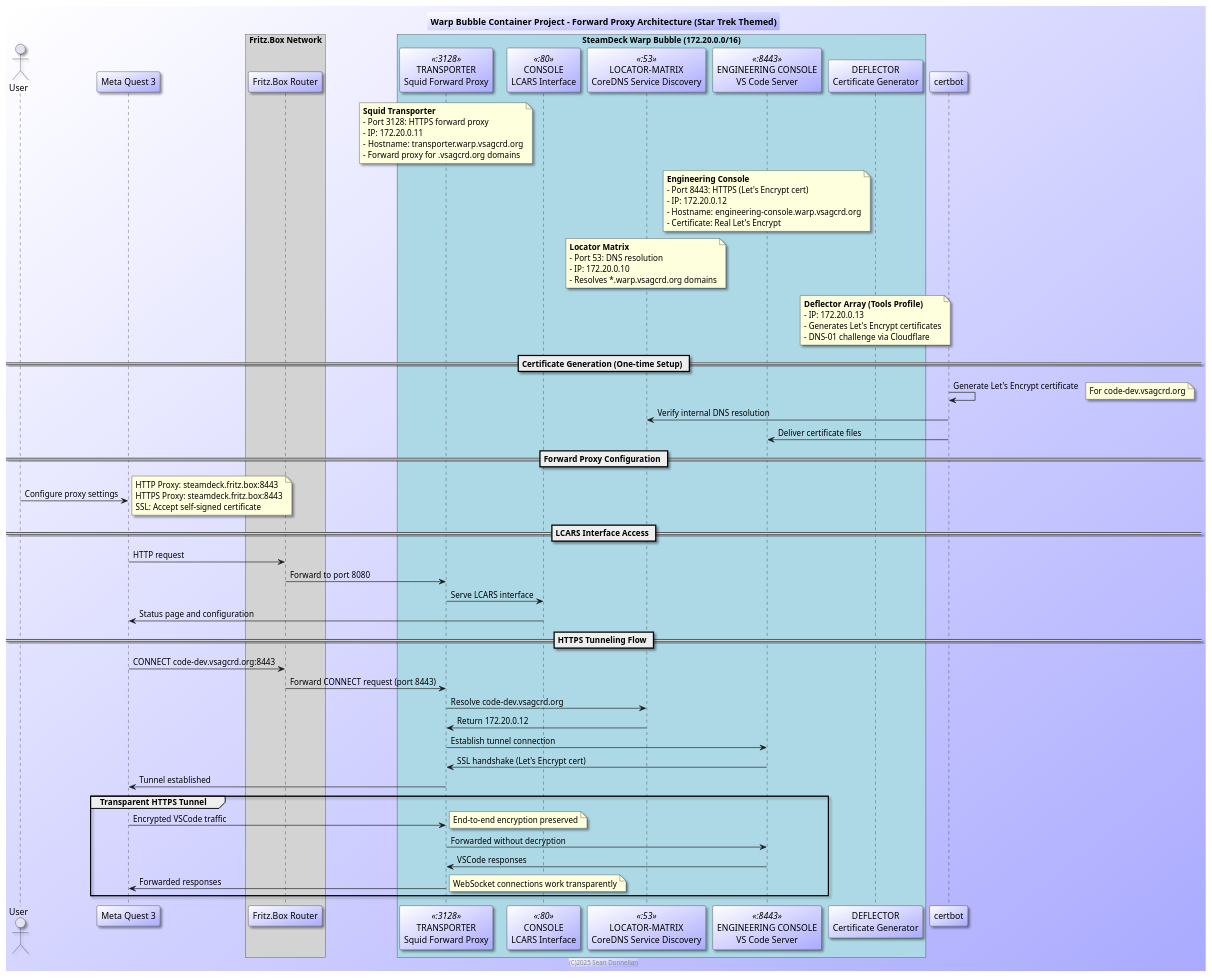
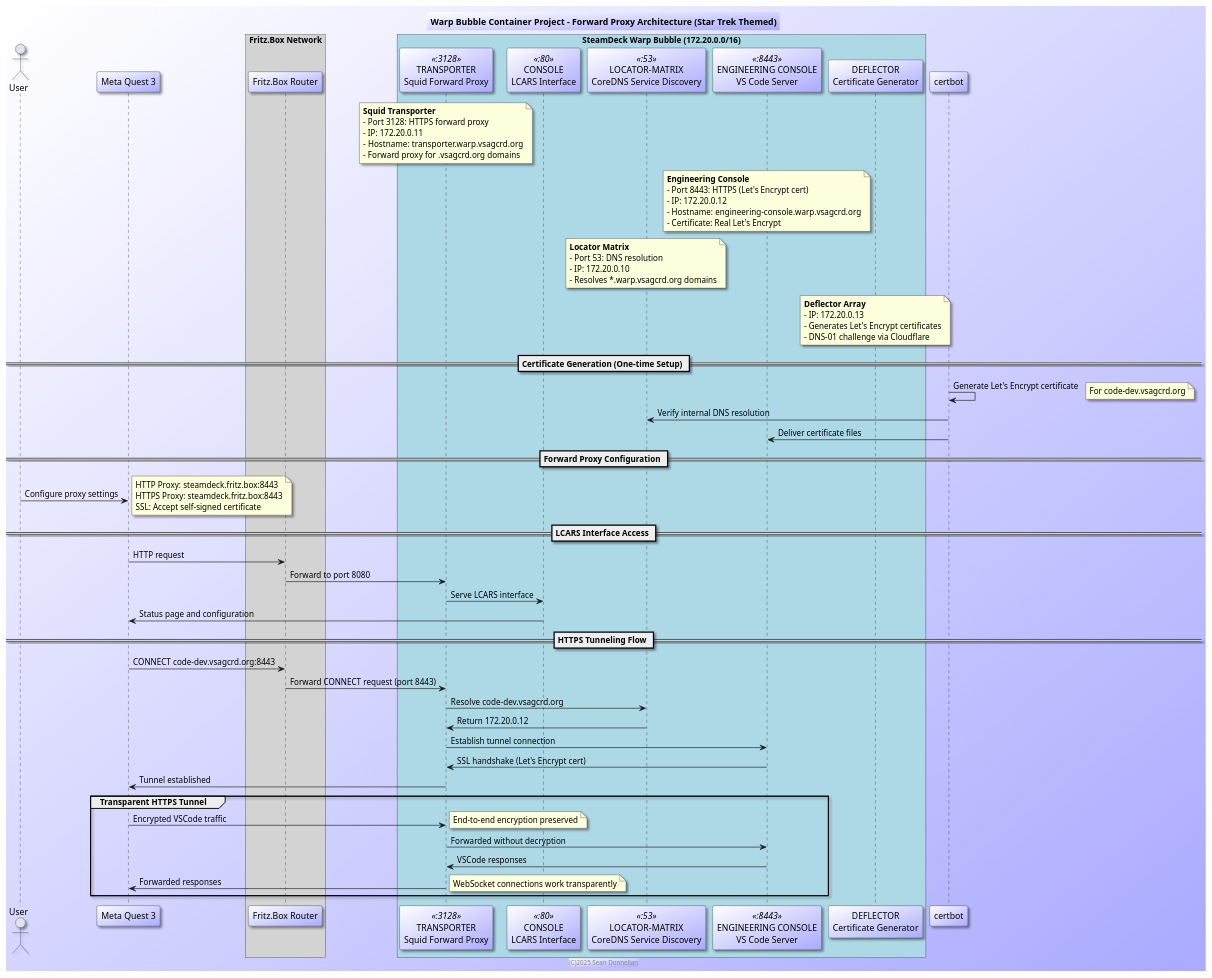
Before and after one commit to donnels/vsc-container: the diagram in images/forward-proxy-architecture.plantuml, drawn with PlantUML. The commit also changed 25 other files, not shown here.

```diff
--- a/images/forward-proxy-architecture.plantuml
+++ b/images/forward-proxy-architecture.plantuml
@@ -1,92 +1,92 @@
 @startuml forward-proxy-architecture
 title Warp Bubble Container Project - Forward Proxy Architecture (Star Trek Themed)
 footer (C)2025 Sean Donnellan
 
 skinparam shadowing 1
 skinparam BackgroundColor #fff/aaf
 skinparam participantBackgroundColor #fff/aaf
 
 actor "User" as user
 participant "Meta Quest 3" as headset
 
 box "Fritz.Box Network" #lightgray
     participant "Fritz.Box Router" as router
 end box
 
 box "SteamDeck Warp Bubble (172.20.0.0/16)" #lightblue
     participant "TRANSPORTER\nSquid Forward Proxy" as proxy <<:3128>>
     participant "CONSOLE\nLCARS Interface" as nginx <<:80>>
     participant "LOCATOR-MATRIX\nCoreDNS Service Discovery" as dns <<:53>>
     participant "ENGINEERING CONSOLE\nVS Code Server" as vscode <<:8443>>
     participant "DEFLECTOR\nCertificate Generator" as deflector
 end box
 
 note over proxy
 **Squid Transporter**
 - Port 3128: HTTPS forward proxy
 - IP: 172.20.0.11
 - Hostname: transporter.warp.vsagcrd.org
 - Forward proxy for .vsagcrd.org domains
 end note
 
 note over vscode
 **Engineering Console**
 - Port 8443: HTTPS (Let's Encrypt cert)
 - IP: 172.20.0.12
 - Hostname: engineering-console.warp.vsagcrd.org
 - Certificate: Real Let's Encrypt
 end note
 
 note over dns
 **Locator Matrix**
 - Port 53: DNS resolution
 - IP: 172.20.0.10
 - Resolves *.warp.vsagcrd.org domains
 end note
 
 note over deflector
-**Deflector Array (Tools Profile)**
+**Deflector Array**
 - IP: 172.20.0.13
 - Generates Let's Encrypt certificates
 - DNS-01 challenge via Cloudflare
 end note
 
 == Certificate Generation (One-time Setup) ==
 certbot -> certbot: Generate Let's Encrypt certificate
 note right: For code-dev.vsagcrd.org
 certbot -> dns: Verify internal DNS resolution
 certbot -> vscode: Deliver certificate files
 
 == Forward Proxy Configuration ==
 user -> headset: Configure proxy settings
 note right
 HTTP Proxy: steamdeck.fritz.box:8443
 HTTPS Proxy: steamdeck.fritz.box:8443
 SSL: Accept self-signed certificate
 end note
 
 == LCARS Interface Access ==
 headset -> router: HTTP request
 router -> proxy: Forward to port 8080
 proxy -> nginx: Serve LCARS interface
 nginx -> headset: Status page and configuration
 
 == HTTPS Tunneling Flow ==
 headset -> router: CONNECT code-dev.vsagcrd.org:8443
 router -> proxy: Forward CONNECT request (port 8443)
 proxy -> dns: Resolve code-dev.vsagcrd.org
 dns -> proxy: Return 172.20.0.12
 proxy -> vscode: Establish tunnel connection
 vscode -> proxy: SSL handshake (Let's Encrypt cert)
 proxy -> headset: Tunnel established
 
 group Transparent HTTPS Tunnel
     headset -> proxy: Encrypted VSCode traffic
     note right: End-to-end encryption preserved
     proxy -> vscode: Forwarded without decryption
     vscode -> proxy: VSCode responses
     proxy -> headset: Forwarded responses
     note right: WebSocket connections work transparently
 end
 
 @enduml
```
